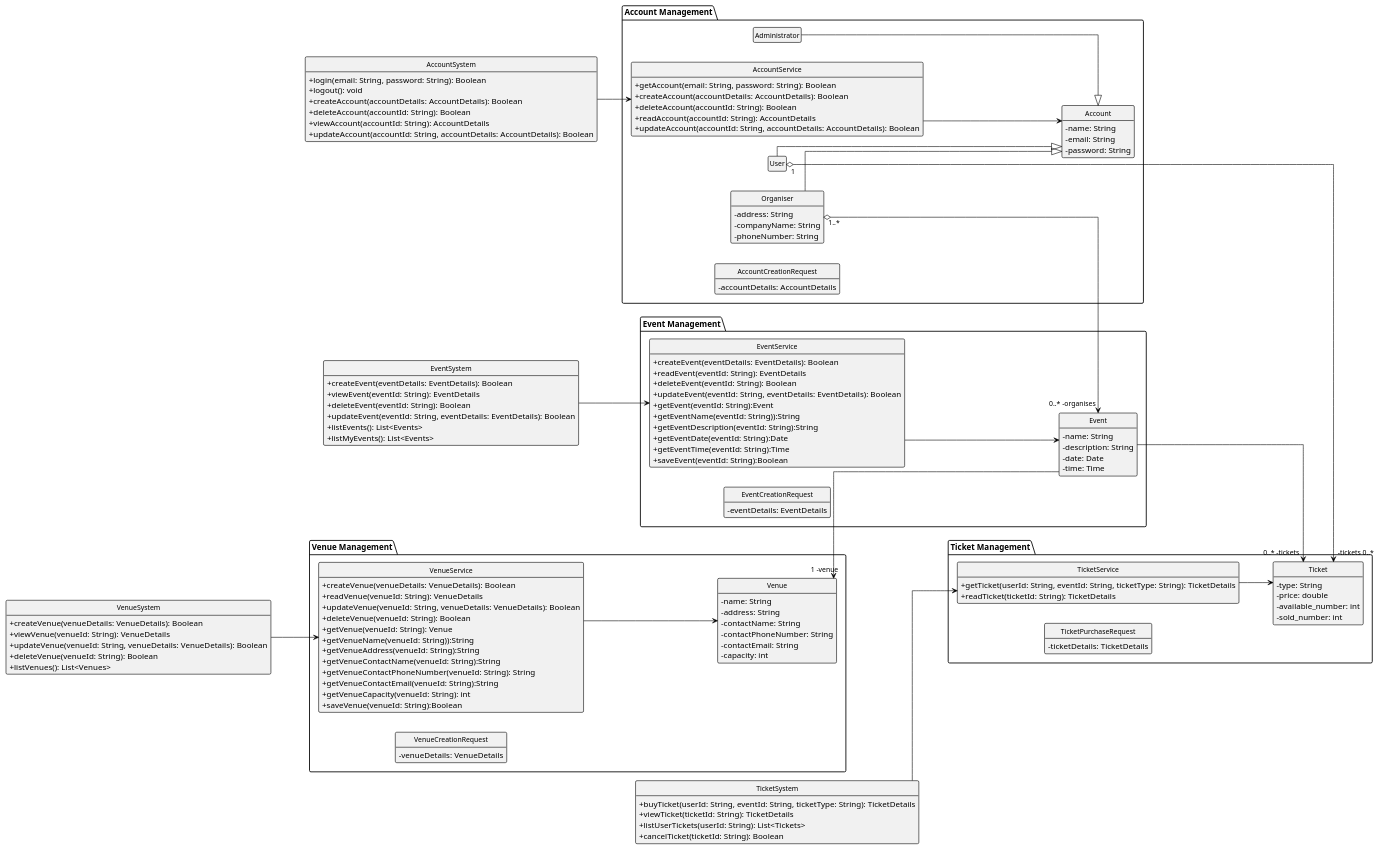
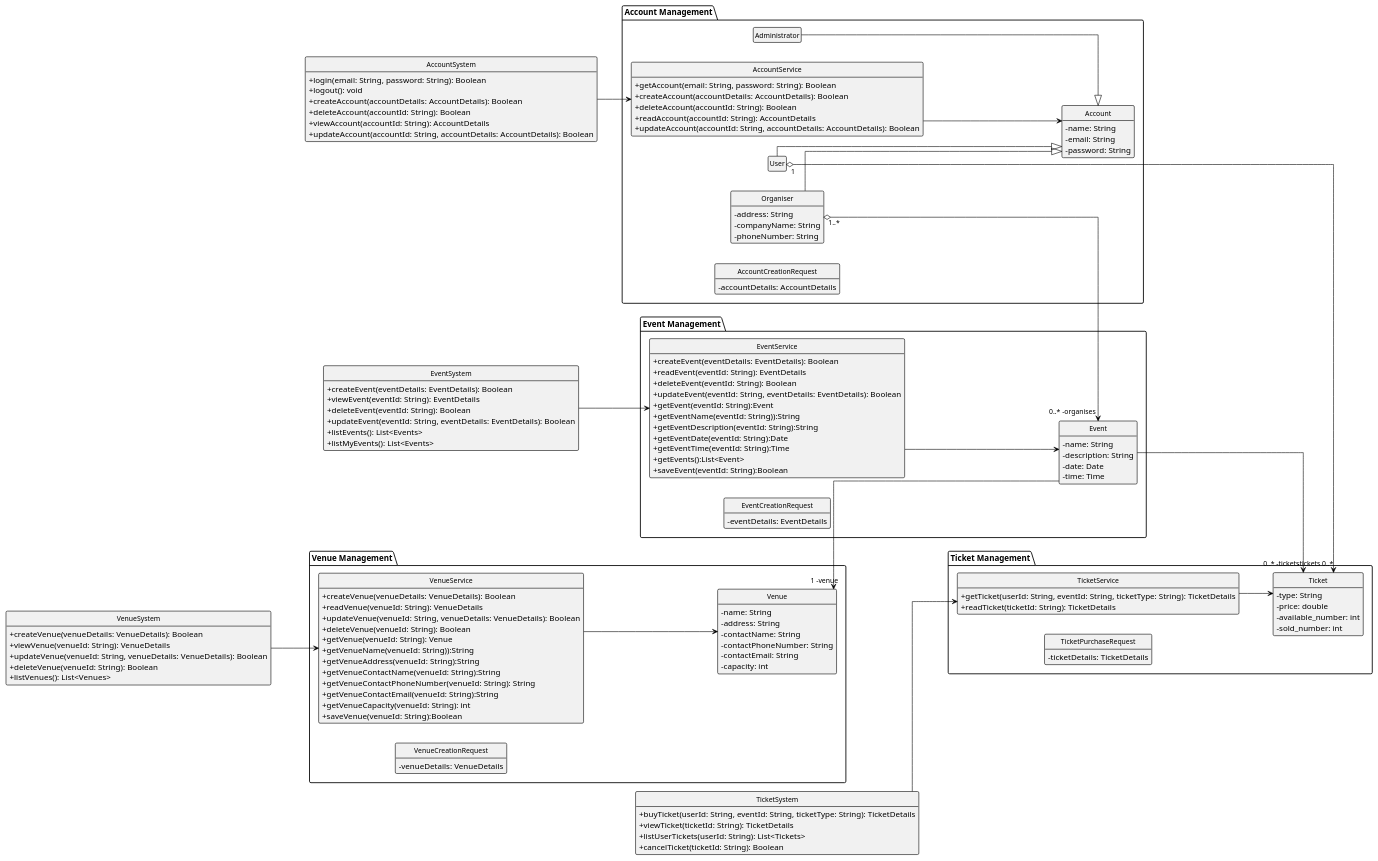
The diagram in 02-analysis/class-diagram/classDiagram.plantuml (MolimoWang/EventManagementSystem), drawn with PlantUML before and after one commit.

Commit message:
add method

```diff
--- a/02-analysis/class-diagram/classDiagram.plantuml
+++ b/02-analysis/class-diagram/classDiagram.plantuml
@@ -1,190 +1,191 @@
 @startuml
 left to right direction
 skinparam monochrome true
 skinparam backgroundColor white
 skinparam shadowing false
 skinparam linetype ortho
 skinparam lineThickness 3   ' Thickness of line
 skinparam noteMargin 30     ' Margins for comments
 skinparam ranksep 100        ' Control vertical spacing
 skinparam nodesep 200        ' Control horizontal spacing
 skinparam classFontSize 12
 skinparam ArrowFontSize 12
 skinparam classBorderThickness 1
 skinparam classAttributeIconSize 0
 
 hide class circle
 hide empty members
 hide stereotypes
 
 skinparam class {
     BorderColor black
     ArrowColor black
     FontColor black
     FontName Arial
     FontSize 12
 }
 
 ' Account Management Group
 package "Account Management" {
     class Account {
         - name: String
         - email: String
         - password: String
     }
     class Administrator {
     }
     class Organiser {
         - address: String
         - companyName: String
         - phoneNumber: String
     }
     class User {
     }
 
     class AccountService {
         +getAccount(email: String, password: String): Boolean
         +createAccount(accountDetails: AccountDetails): Boolean
         +deleteAccount(accountId: String): Boolean
         +readAccount(accountId: String): AccountDetails
         +updateAccount(accountId: String, accountDetails: AccountDetails): Boolean
 
     }
 
     class AccountCreationRequest {
         - accountDetails: AccountDetails
     }
 
     Administrator --|> Account
     Organiser --|> Account
     User --|> Account
     AccountService --> Account
 }
 
 ' Venue Management Group
 package "Venue Management" {
     class Venue {
         - name: String
         - address: String
         - contactName: String
         - contactPhoneNumber: String
         - contactEmail: String
         - capacity: int
     }
 
     class VenueService {
         +createVenue(venueDetails: VenueDetails): Boolean
         +readVenue(venueId: String): VenueDetails
         +updateVenue(venueId: String, venueDetails: VenueDetails): Boolean
         +deleteVenue(venueId: String): Boolean
         +getVenue(venueId: String): Venue
         +getVenueName(venueId: String)):String
         +getVenueAddress(venueId: String):String
         +getVenueContactName(venueId: String):String
         +getVenueContactPhoneNumber(venueId: String): String
         +getVenueContactEmail(venueId: String):String
         +getVenueCapacity(venueId: String): int
         +saveVenue(venueId: String):Boolean
     }
 
     class VenueCreationRequest {
         - venueDetails: VenueDetails
     }
 
     VenueService --> Venue
 }
 
 ' Event Management Group
 package "Event Management" {
     class Event {
         - name: String
         - description: String
         - date: Date
         - time: Time
     }
 
     class EventService {
         +createEvent(eventDetails: EventDetails): Boolean
         +readEvent(eventId: String): EventDetails
         +deleteEvent(eventId: String): Boolean
         +updateEvent(eventId: String, eventDetails: EventDetails): Boolean
         +getEvent(eventId: String):Event
         +getEventName(eventId: String)):String
         +getEventDescription(eventId: String):String
         +getEventDate(eventId: String):Date
         +getEventTime(eventId: String):Time
+        +getEvents():List<Event>
         +saveEvent(eventId: String):Boolean
     }
 
     class EventCreationRequest {
         - eventDetails: EventDetails
     }
 
     Venue "1 -venue" <-- Event
     EventService --> Event
 }
 
 ' Ticket Management Group
 package "Ticket Management" {
     class Ticket {
         - type: String
         - price: double
         - available_number: int
         - sold_number: int
     }
 
     class TicketService {
         +getTicket(userId: String, eventId: String, ticketType: String): TicketDetails
         +readTicket(ticketId: String): TicketDetails
     }
 
     class TicketPurchaseRequest {
         - ticketDetails: TicketDetails
     }
 
     Event --> "0..* -tickets" Ticket
     TicketService --> Ticket
 }
 
 ' System classes for each module
 class AccountSystem {
     +login(email: String, password: String): Boolean
     +logout(): void
     +createAccount(accountDetails: AccountDetails): Boolean
     +deleteAccount(accountId: String): Boolean
     +viewAccount(accountId: String): AccountDetails
     +updateAccount(accountId: String, accountDetails: AccountDetails): Boolean
 }
 AccountSystem --> AccountService
 
 class VenueSystem {
     +createVenue(venueDetails: VenueDetails): Boolean
     +viewVenue(venueId: String): VenueDetails
     +updateVenue(venueId: String, venueDetails: VenueDetails): Boolean
     +deleteVenue(venueId: String): Boolean
     +listVenues(): List<Venues>
 }
 VenueSystem --> VenueService
 
 class EventSystem {
     +createEvent(eventDetails: EventDetails): Boolean
     +viewEvent(eventId: String): EventDetails
     +deleteEvent(eventId: String): Boolean
     +updateEvent(eventId: String, eventDetails: EventDetails): Boolean
     +listEvents(): List<Events>
     +listMyEvents(): List<Events>
 }
 EventSystem --> EventService
 
 class TicketSystem {
     +buyTicket(userId: String, eventId: String, ticketType: String): TicketDetails
     +viewTicket(ticketId: String): TicketDetails
     +listUserTickets(userId: String): List<Tickets>
     +cancelTicket(ticketId: String): Boolean
 }
 TicketSystem --> TicketService
 
 Organiser "1..*" o--> "0..* -organises" Event
 User "1" o--> "-tickets 0..*" Ticket
 
 @enduml
```
